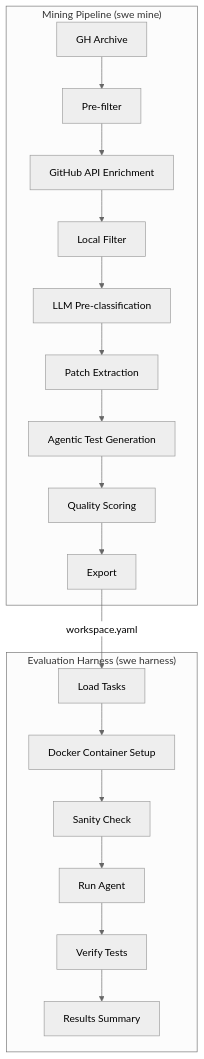
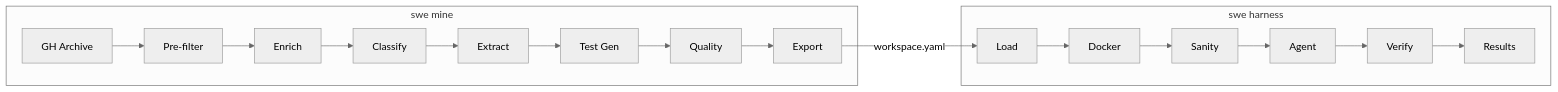
Before and after one commit to CortexLM/dataforge: the first of 5 diagrams in README.md, drawn with Mermaid (neutral theme).

Commit message:
docs: compact architecture overview diagram to horizontal layout

````diff
--- a/README.md
+++ b/README.md
@@ -27,40 +27,12 @@
 ```mermaid
-graph TB
-    subgraph Mining["Mining Pipeline (swe mine)"]
-        GHA[GH Archive]
-        PRE[Pre-filter]
-        ENR[GitHub API Enrichment]
-        LOC[Local Filter]
-        CLS[LLM Pre-classification]
-        EXT[Patch Extraction]
-        TST[Agentic Test Generation]
-        QUA[Quality Scoring]
-        EXP[Export]
-
-        GHA --> PRE
-        PRE --> ENR
-        ENR --> LOC
-        LOC --> CLS
-        CLS --> EXT
-        EXT --> TST
-        TST --> QUA
-        QUA --> EXP
+graph LR
+    subgraph Mine["swe mine"]
+        GHA[GH Archive] --> PRE[Pre-filter] --> ENR[Enrich] --> CLS[Classify] --> EXT[Extract] --> TST[Test Gen] --> QUA[Quality] --> EXP[Export]
     end
 
-    subgraph Harness["Evaluation Harness (swe harness)"]
-        LOAD[Load Tasks]
-        DOCK[Docker Container Setup]
-        SAN[Sanity Check]
-        AGT[Run Agent]
-        VER[Verify Tests]
-        RES[Results Summary]
-
-        LOAD --> DOCK
-        DOCK --> SAN
-        SAN --> AGT
-        AGT --> VER
-        VER --> RES
+    subgraph Harness["swe harness"]
+        LOAD[Load] --> DOCK[Docker] --> SAN[Sanity] --> AGT[Agent] --> VER[Verify] --> RES[Results]
     end
 
     EXP -->|workspace.yaml| LOAD
 ```
````
